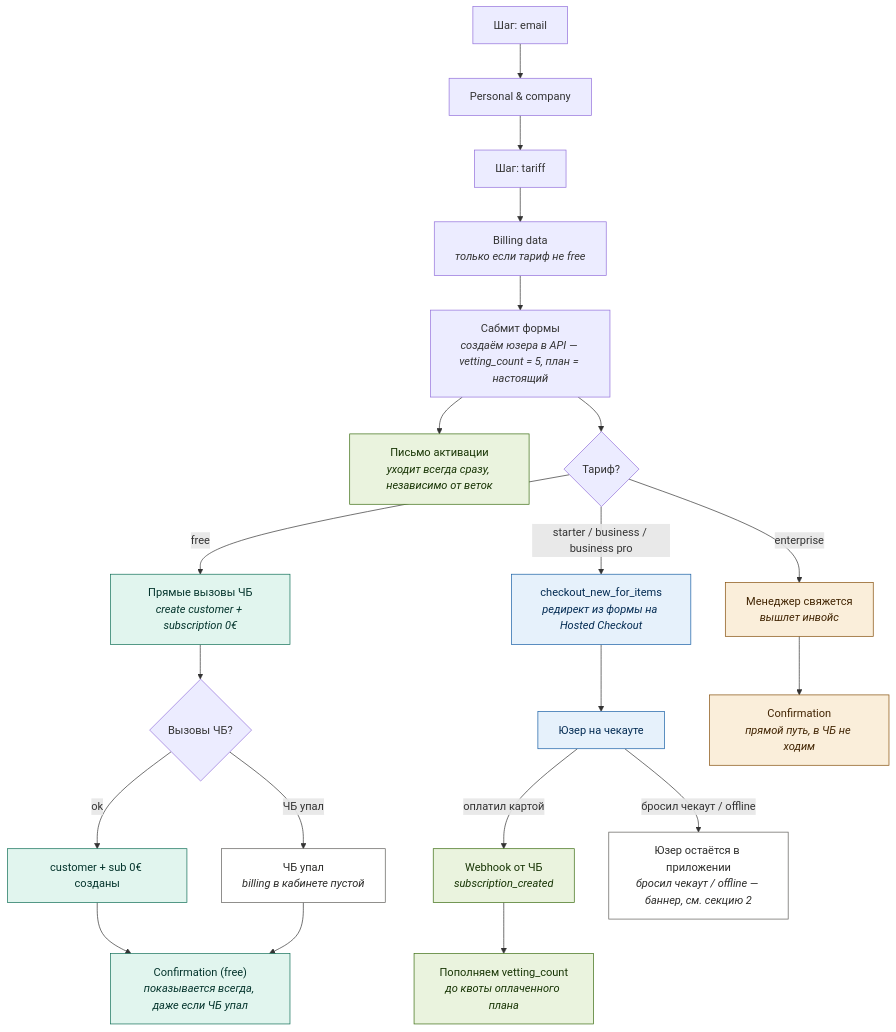
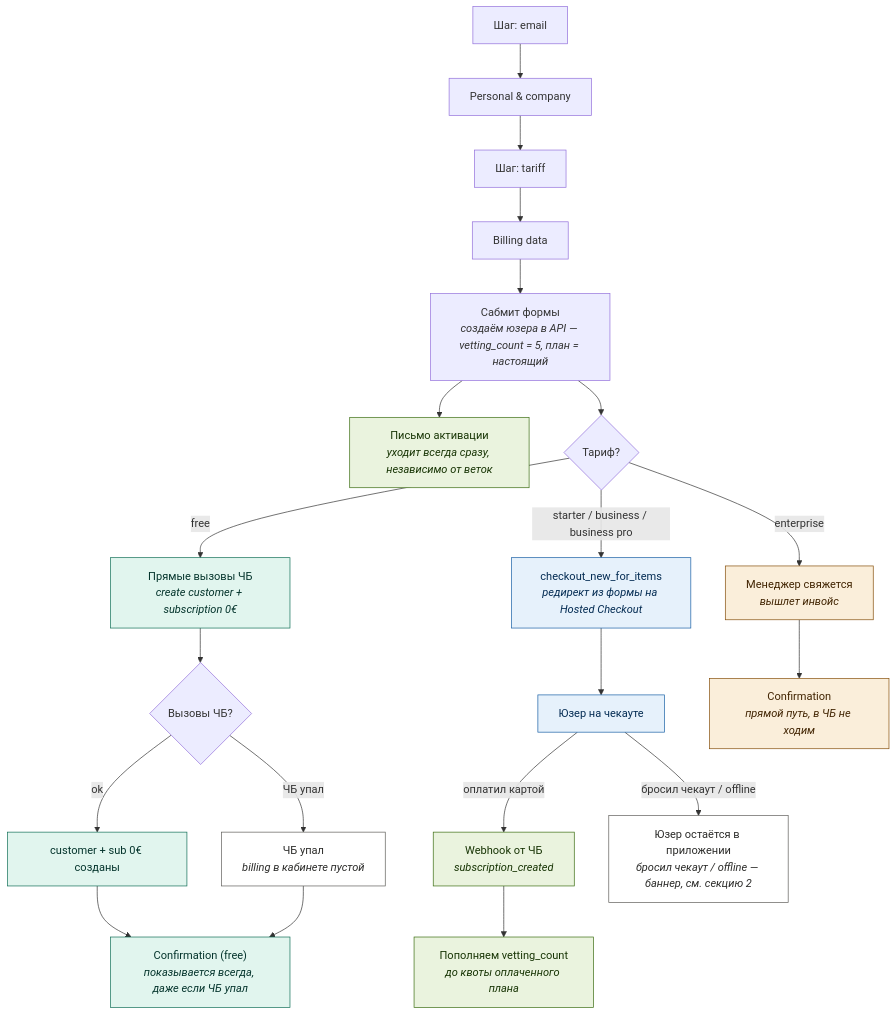
The first of 2 diagrams in сс/registration.schema.md (kakawajazz/docs), drawn with Mermaid before and after one commit.

````diff
--- a/сс/registration.schema.md
+++ b/сс/registration.schema.md
@@ -9,57 +9,57 @@
 ```mermaid
 flowchart TD
   E["Шаг: email"]
   PC["Personal & company"]
   T["Шаг: tariff"]
-  BD["Billing data<br/><i>только если тариф не free</i>"]
+  BD["Billing data"]
   S["Сабмит формы<br/><i>создаём юзера в API — vetting_count = 5, план = настоящий</i>"]
   MAIL["Письмо активации<br/><i>уходит всегда сразу, независимо от веток</i>"]
   Q{"Тариф?"}
 
   FREE["Прямые вызовы ЧБ<br/><i>create customer + subscription 0€</i>"]
   PAID["checkout_new_for_items<br/><i>редирект из формы на Hosted Checkout</i>"]
   ENT["Менеджер свяжется<br/><i>вышлет инвойс</i>"]
 
   FQ{"Вызовы ЧБ?"}
   FOK["customer + sub 0€ созданы"]
   FERR["ЧБ упал<br/><i>billing в кабинете пустой</i>"]
   FCONF["Confirmation (free)<br/><i>показывается всегда, даже если ЧБ упал</i>"]
 
   CHK["Юзер на чекауте"]
   WH["Webhook от ЧБ<br/><i>subscription_created</i>"]
   VC["Пополняем vetting_count<br/><i>до квоты оплаченного плана</i>"]
   DROP["Юзер остаётся в приложении<br/><i>бросил чекаут / offline — баннер, см. секцию 2</i>"]
 
   ECONF["Confirmation<br/><i>прямой путь, в ЧБ не ходим</i>"]
 
   E --> PC --> T --> BD --> S
   S --> MAIL
   S --> Q
   Q -->|"free"| FREE
   Q -->|"starter / business / business pro"| PAID
   Q -->|"enterprise"| ENT
 
   FREE --> FQ
   FQ -->|"ok"| FOK
   FQ -->|"ЧБ упал"| FERR
   FOK --> FCONF
   FERR --> FCONF
 
   PAID --> CHK
   CHK -->|"оплатил картой"| WH
   WH --> VC
   CHK -->|"бросил чекаут / offline"| DROP
 
   ENT --> ECONF
 
   class MAIL,WH,VC whBox
   class FREE,FOK,FCONF freeBox
   class PAID,CHK paidBox
   class ENT,ECONF entBox
   class FERR,DROP errBox
   classDef freeBox fill:#E1F5EE,stroke:#0F6E56,color:#04342C
   classDef paidBox fill:#E6F1FB,stroke:#185FA5,color:#042C53
   classDef entBox fill:#FAEEDA,stroke:#854F0B,color:#412402
   classDef whBox fill:#EAF3DE,stroke:#3B6D11,color:#173404
   classDef errBox fill:#FFFFFF,stroke:#5F5E5A,color:#2C2C2A
 ```
````
